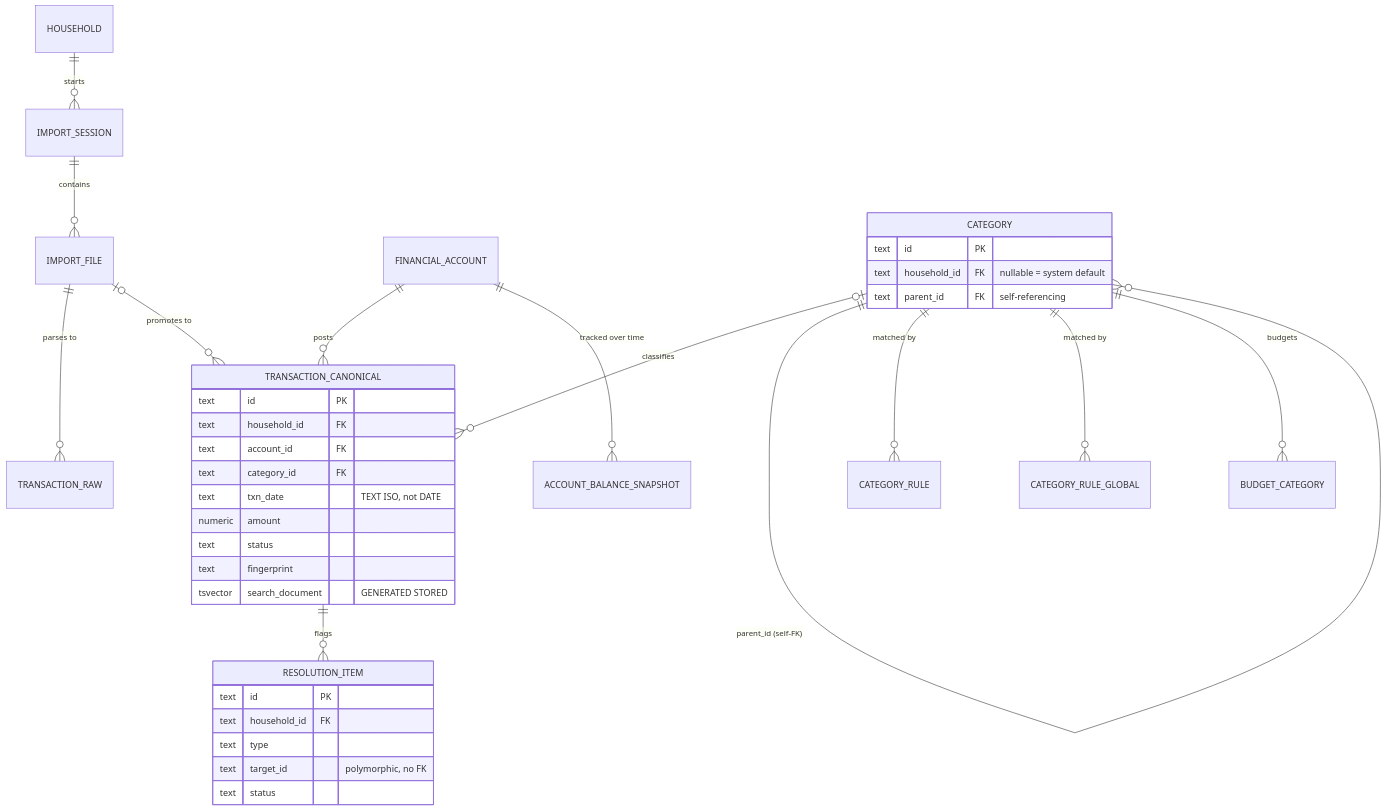
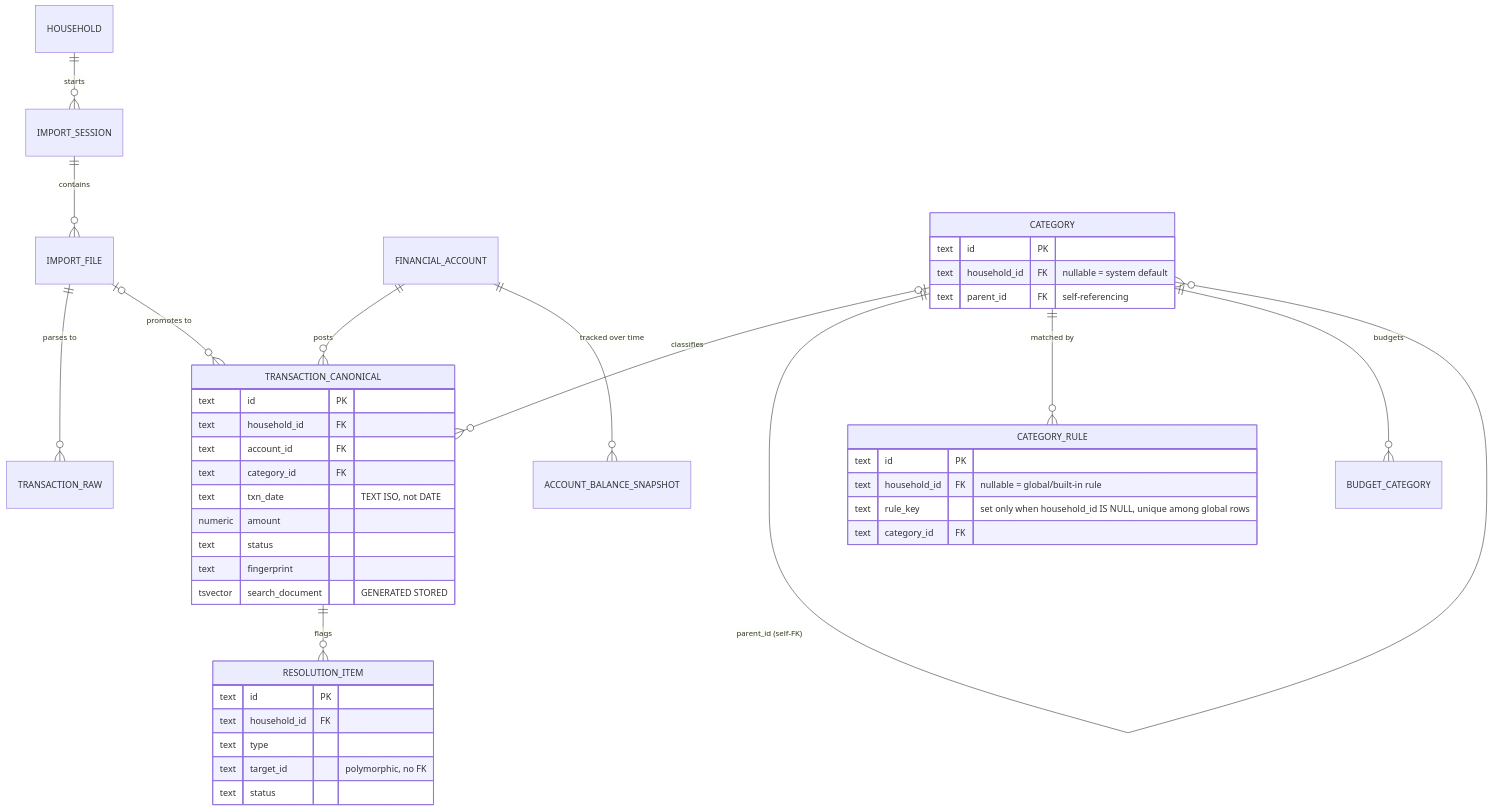
Before and after one commit to mangatrai/grove: the third of 7 diagrams in docs/DATABASE_ARCHITECTURE.md, drawn with Mermaid. The commit also changed other lines of this file and 9 other files, not shown here.

First line of the commit message:
fix(db/258): merge category_rule_global into category_rule

````diff
--- a/docs/DATABASE_ARCHITECTURE.md
+++ b/docs/DATABASE_ARCHITECTURE.md
@@ -126,39 +126,44 @@
 ```mermaid
 erDiagram
     HOUSEHOLD ||--o{ IMPORT_SESSION : starts
     IMPORT_SESSION ||--o{ IMPORT_FILE : contains
     IMPORT_FILE ||--o{ TRANSACTION_RAW : "parses to"
     IMPORT_FILE |o--o{ TRANSACTION_CANONICAL : "promotes to"
     FINANCIAL_ACCOUNT ||--o{ TRANSACTION_CANONICAL : posts
     CATEGORY |o--o{ TRANSACTION_CANONICAL : classifies
     CATEGORY ||--o{ CATEGORY : "parent_id (self-FK)"
     CATEGORY ||--o{ CATEGORY_RULE : "matched by"
-    CATEGORY ||--o{ CATEGORY_RULE_GLOBAL : "matched by"
     TRANSACTION_CANONICAL ||--o{ RESOLUTION_ITEM : flags
     FINANCIAL_ACCOUNT ||--o{ ACCOUNT_BALANCE_SNAPSHOT : "tracked over time"
     CATEGORY ||--o{ BUDGET_CATEGORY : budgets
 
     TRANSACTION_CANONICAL {
         text id PK
         text household_id FK
         text account_id FK
         text category_id FK
         text txn_date "TEXT ISO, not DATE"
         numeric amount
         text status
         text fingerprint
         tsvector search_document "GENERATED STORED"
     }
     CATEGORY {
         text id PK
         text household_id FK "nullable = system default"
         text parent_id FK "self-referencing"
     }
+    CATEGORY_RULE {
+        text id PK
+        text household_id FK "nullable = global/built-in rule"
+        text rule_key "set only when household_id IS NULL, unique among global rows"
+        text category_id FK
+    }
     RESOLUTION_ITEM {
         text id PK
         text household_id FK
         text type
         text target_id "polymorphic, no FK"
         text status
     }
 ```
````
